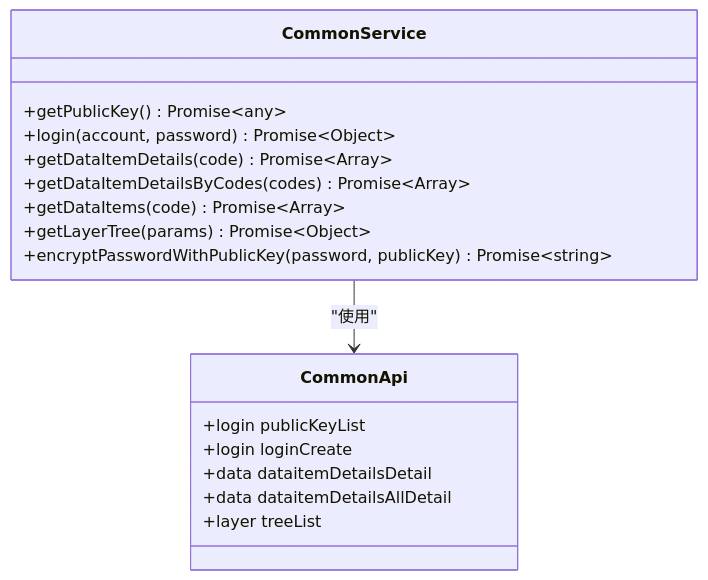
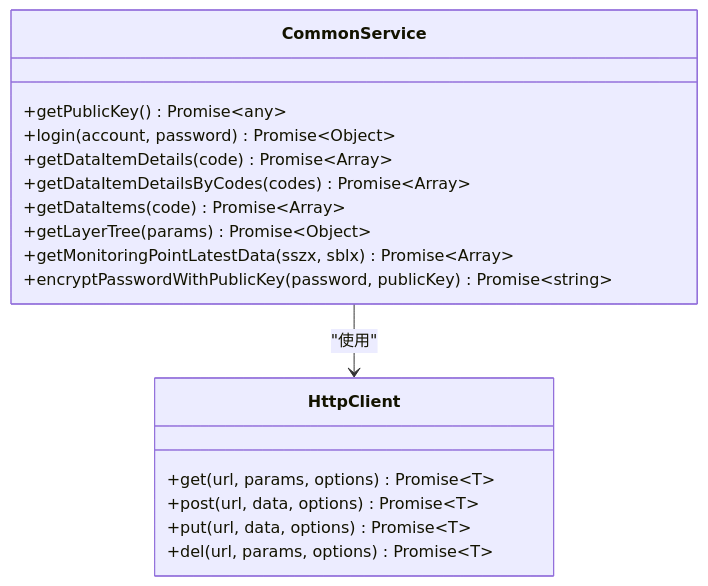
The ninth of 14 diagrams in .qoder/repowiki/zh/content/API集成/API集成.md (zhibo1997/government-dashboard), drawn with Mermaid before and after one commit. The commit also changed other lines of this file and 28 other files, not shown here.

````diff
--- a/.qoder/repowiki/zh/content/API集成/API集成.md
+++ b/.qoder/repowiki/zh/content/API集成/API集成.md
@@ -249,20 +300,20 @@
 ```mermaid
 classDiagram
 class CommonService {
 +getPublicKey() Promise~any~
 +login(account, password) Promise~Object~
 +getDataItemDetails(code) Promise~Array~
 +getDataItemDetailsByCodes(codes) Promise~Array~
 +getDataItems(code) Promise~Array~
 +getLayerTree(params) Promise~Object~
++getMonitoringPointLatestData(sszx, sblx) Promise~Array~
 +encryptPasswordWithPublicKey(password, publicKey) Promise~string~
 }
-class CommonApi {
-+login publicKeyList
-+login loginCreate
-+data dataitemDetailsDetail
-+data dataitemDetailsAllDetail
-+layer treeList
+class HttpClient {
++get(url, params, options) Promise~T~
++post(url, data, options) Promise~T~
++put(url, data, options) Promise~T~
++del(url, params, options) Promise~T~
 }
-CommonService --> CommonApi : "使用"
+CommonService --> HttpClient : "使用"
 ```
````
